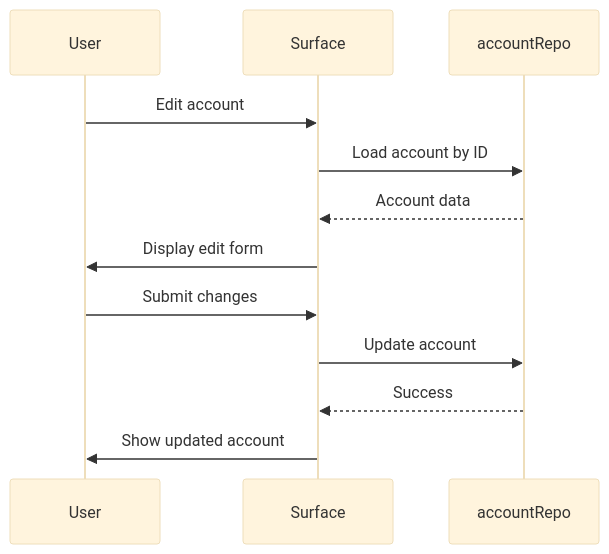
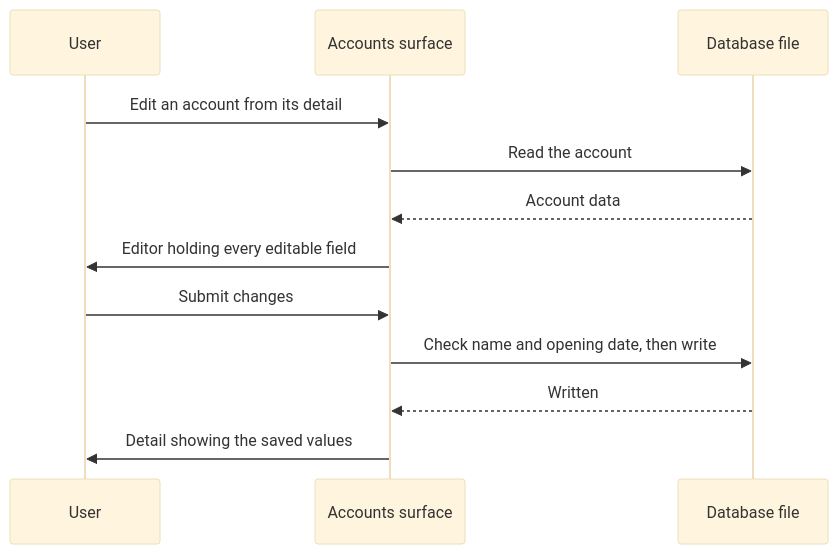
Before and after one commit to gjchentw/mmex-pwa: the second of 4 diagrams in openspec/changes/account-management-surfaces/specs/account-management/spec.md, drawn with Mermaid (base theme). The commit also changed other lines of this file and 18 other files, not shown here.

````diff
--- a/openspec/changes/account-management-surfaces/specs/account-management/spec.md
+++ b/openspec/changes/account-management-surfaces/specs/account-management/spec.md
@@ -104,14 +135,14 @@
 ```mermaid
 sequenceDiagram
     participant User
-    participant Surface
-    participant accountRepo
-    User->>Surface: Edit account
-    Surface->>accountRepo: Load account by ID
-    accountRepo-->>Surface: Account data
-    Surface->>User: Display edit form
+    participant Surface as Accounts surface
+    participant File as Database file
+    User->>Surface: Edit an account from its detail
+    Surface->>File: Read the account
+    File-->>Surface: Account data
+    Surface->>User: Editor holding every editable field
     User->>Surface: Submit changes
-    Surface->>accountRepo: Update account
-    accountRepo-->>Surface: Success
-    Surface->>User: Show updated account
+    Surface->>File: Check name and opening date, then write
+    File-->>Surface: Written
+    Surface->>User: Detail showing the saved values
 ```
````
